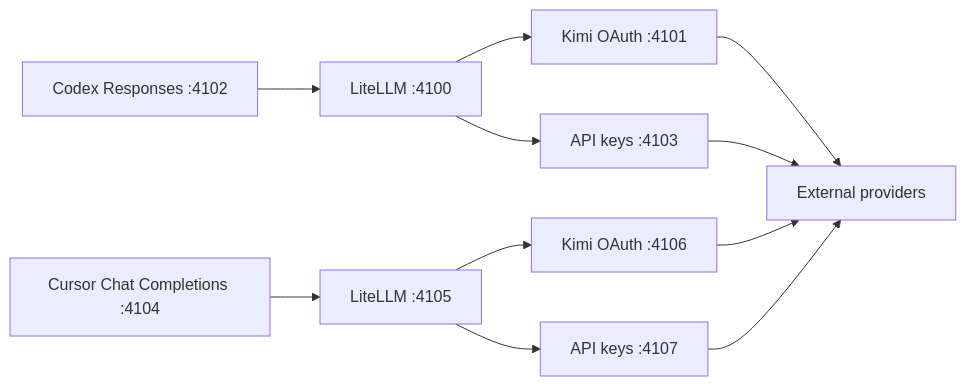
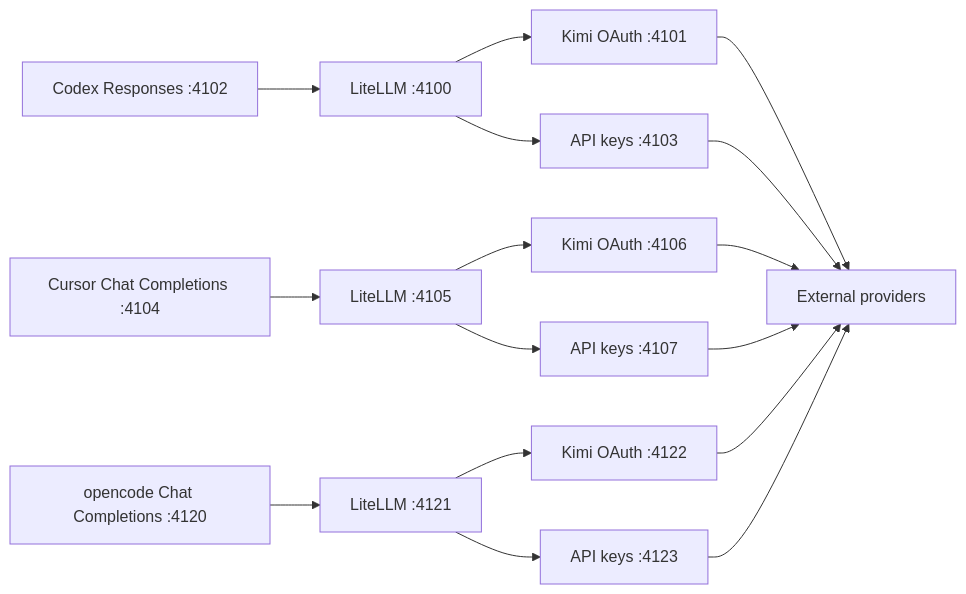
The diagram in README.md (520qianjiawen/codex-router), drawn with Mermaid before and after one commit. The commit also changed other lines of this file and 1 other file, not shown here.

First line of the commit message:
docs(readme): document opencode Go and the expanded qwen-plan catalog

````diff
--- a/README.md
+++ b/README.md
@@ -424,13 +482,18 @@
 ```mermaid
 flowchart LR
   C["Codex Responses :4102"] --> L1["LiteLLM :4100"]
   U["Cursor Chat Completions :4104"] --> L2["LiteLLM :4105"]
+  O["opencode Chat Completions :4120"] --> L3["LiteLLM :4121"]
   L1 --> K1["Kimi OAuth :4101"]
   L1 --> A1["API keys :4103"]
   L2 --> K2["Kimi OAuth :4106"]
   L2 --> A2["API keys :4107"]
+  L3 --> K3["Kimi OAuth :4122"]
+  L3 --> A3["API keys :4123"]
   K1 --> P["External providers"]
   A1 --> P
   K2 --> P
   A2 --> P
+  K3 --> P
+  A3 --> P
 ```
````
